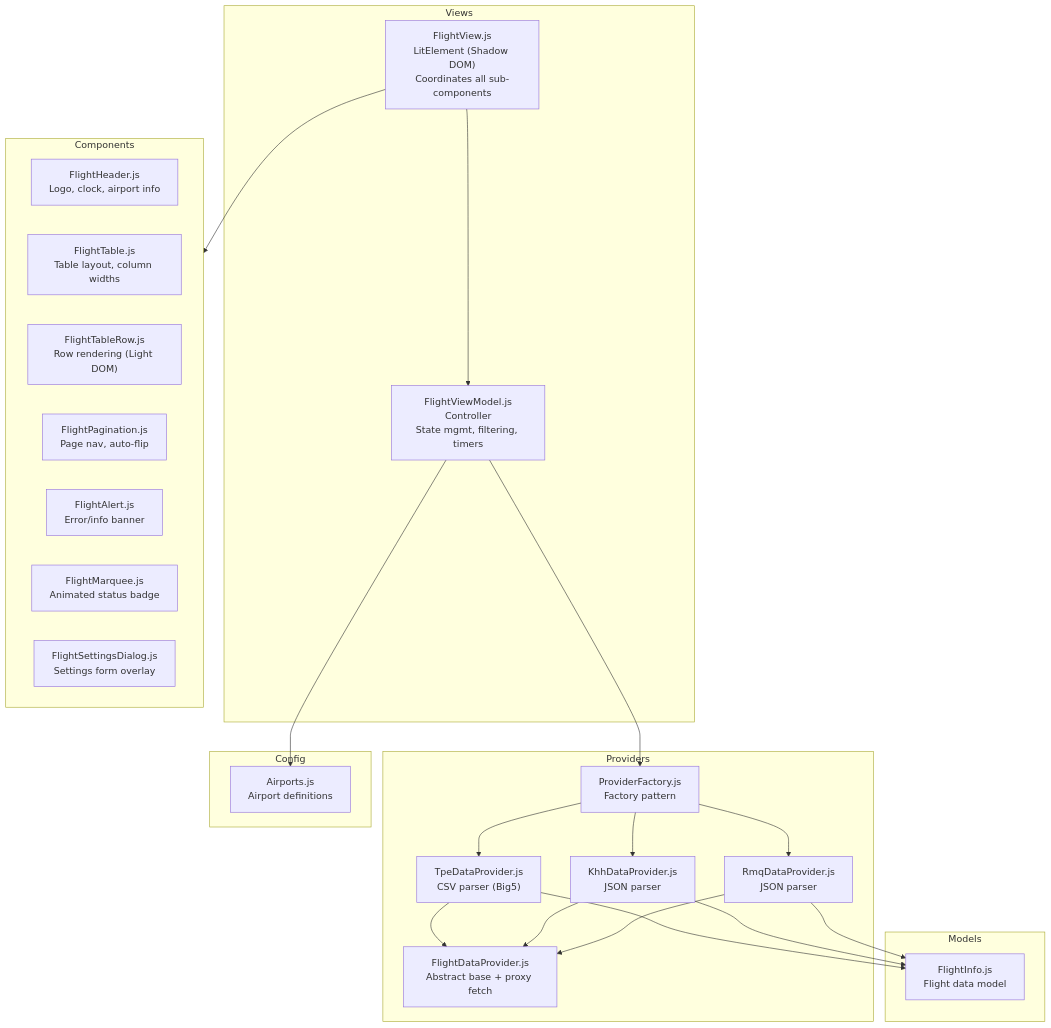
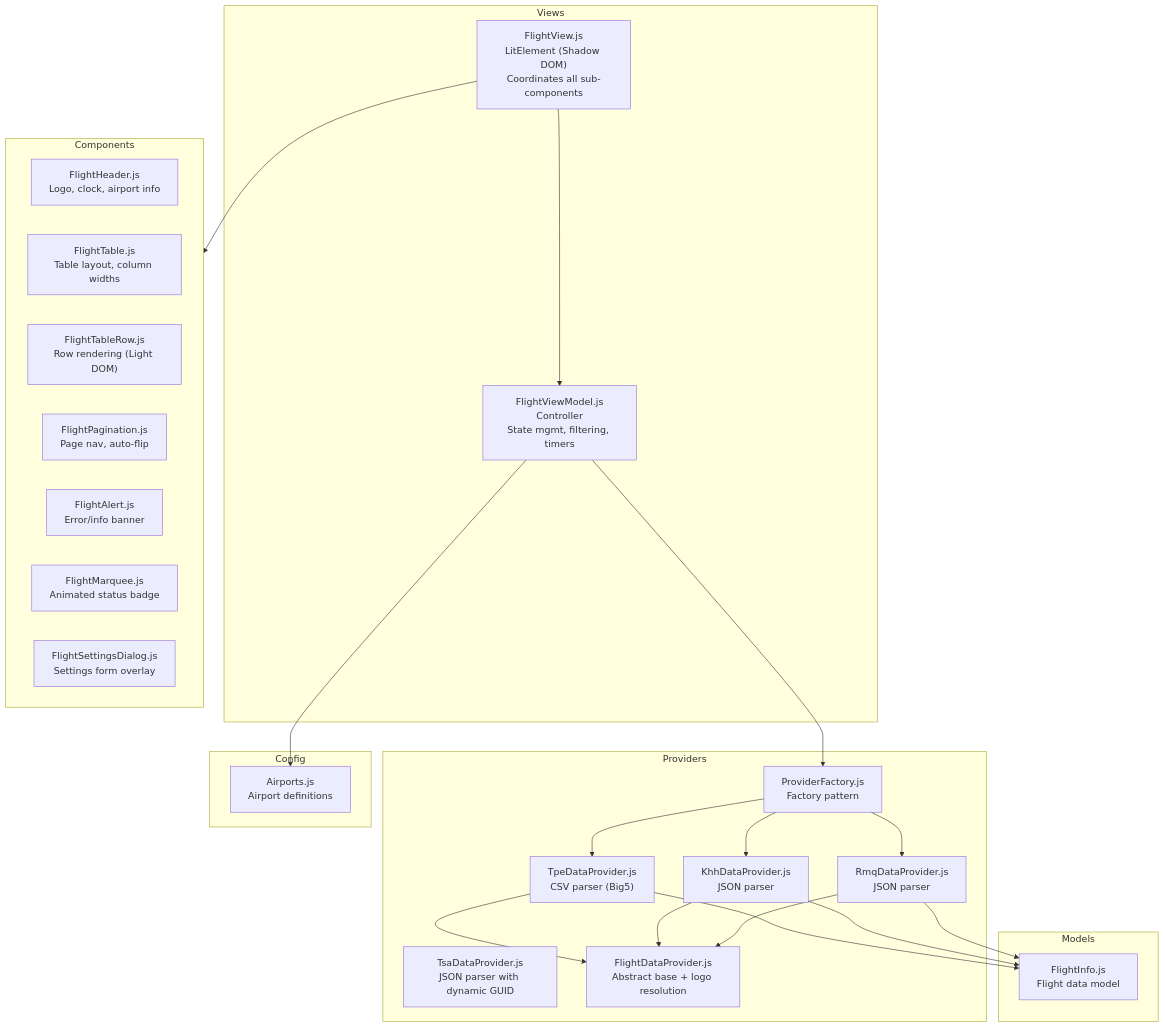
Before and after one commit to a-chhiong/OpenFIDS: the diagram in README.md, drawn with Mermaid. The commit also changed other lines of this file and 5 other files, not shown here.

````diff
--- a/README.md
+++ b/README.md
@@ -29,47 +31,48 @@
 ```mermaid
 flowchart TD
     subgraph Views
         FlightView["FlightView.js<br/>LitElement (Shadow DOM)<br/>Coordinates all sub-components"]
         FlightViewModel["FlightViewModel.js<br/>Controller<br/>State mgmt, filtering, timers"]
     end
 
     subgraph Components
         FlightHeader["FlightHeader.js<br/>Logo, clock, airport info"]
         FlightTable["FlightTable.js<br/>Table layout, column widths"]
         FlightTableRow["FlightTableRow.js<br/>Row rendering (Light DOM)"]
         FlightPagination["FlightPagination.js<br/>Page nav, auto-flip"]
         FlightAlert["FlightAlert.js<br/>Error/info banner"]
         FlightMarquee["FlightMarquee.js<br/>Animated status badge"]
         FlightSettingsDialog["FlightSettingsDialog.js<br/>Settings form overlay"]
     end
 
     subgraph Providers
         ProviderFactory["ProviderFactory.js<br/>Factory pattern"]
         TpeDataProvider["TpeDataProvider.js<br/>CSV parser (Big5)"]
         KhhDataProvider["KhhDataProvider.js<br/>JSON parser"]
         RmqDataProvider["RmqDataProvider.js<br/>JSON parser"]
-        FlightDataProvider["FlightDataProvider.js<br/>Abstract base + proxy fetch"]
+        TsaDataProvider["TsaDataProvider.js<br/>JSON parser with dynamic GUID"]
+        FlightDataProvider["FlightDataProvider.js<br/>Abstract base + logo resolution"]
     end
 
     subgraph Config
         Airports["Airports.js<br/>Airport definitions"]
     end
 
     subgraph Models
         FlightInfo["FlightInfo.js<br/>Flight data model"]
     end
 
     FlightView --> FlightViewModel
     FlightView --> Components
     FlightViewModel --> ProviderFactory
     FlightViewModel --> Airports
     ProviderFactory --> TpeDataProvider
     ProviderFactory --> KhhDataProvider
     ProviderFactory --> RmqDataProvider
     TpeDataProvider --> FlightDataProvider
     KhhDataProvider --> FlightDataProvider
     RmqDataProvider --> FlightDataProvider
     TpeDataProvider --> FlightInfo
     KhhDataProvider --> FlightInfo
     RmqDataProvider --> FlightInfo
 ```
````
